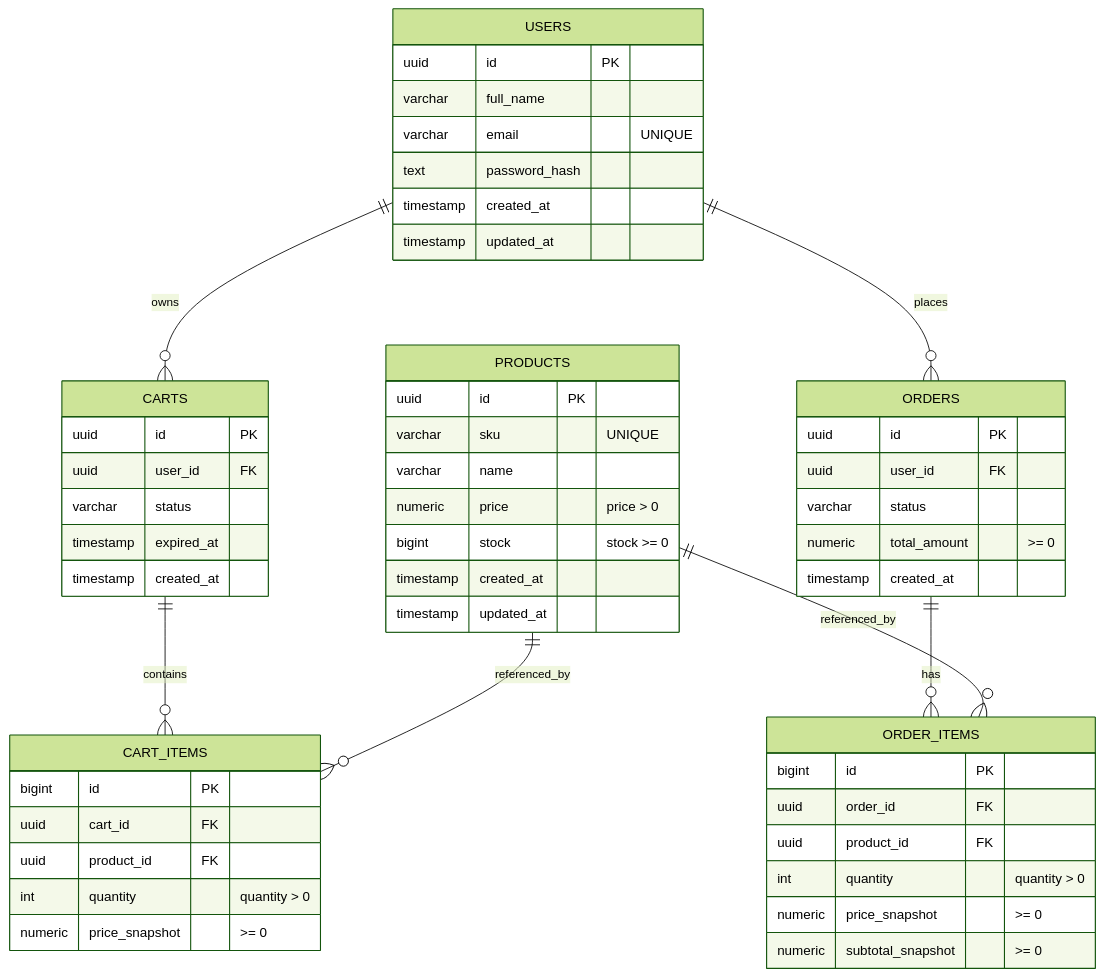
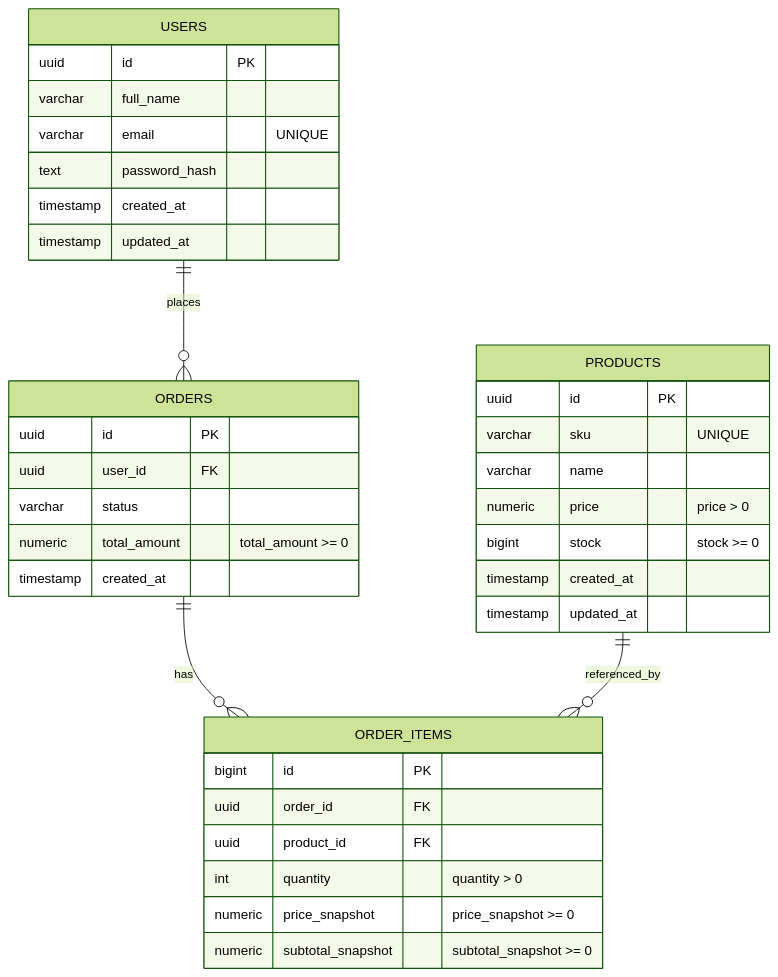
Before and after one commit to ItsnaMaulanaHasan/system-design-carts-system: the second of 8 diagrams in README.md, drawn with Mermaid (forest theme). The commit also changed other lines of this file, not shown here.

Commit message:
feat: create requence diagram, achitecture diagram , and adjust flowchart

````diff
--- a/README.md
+++ b/README.md
@@ -5,62 +74,42 @@
 ```mermaid
 erDiagram
     USERS {
         uuid id PK
         varchar full_name
         varchar email "UNIQUE"
         text password_hash
         timestamp created_at
         timestamp updated_at
     }
 
     PRODUCTS {
         uuid id PK
         varchar sku "UNIQUE"
         varchar name
         numeric price "price > 0"
         bigint stock "stock >= 0"
         timestamp created_at
         timestamp updated_at
     }
 
-    CARTS {
-        uuid id PK
-        uuid user_id FK
-        varchar status
-        timestamp expired_at
-        timestamp created_at
-    }
-
-    CART_ITEMS {
-        bigint id PK
-        uuid cart_id FK
-        uuid product_id FK
-        int quantity "quantity > 0"
-        numeric price_snapshot ">= 0"
-    }
-
     ORDERS {
         uuid id PK
         uuid user_id FK
         varchar status
-        numeric total_amount ">= 0"
+        numeric total_amount "total_amount >= 0"
         timestamp created_at
     }
 
     ORDER_ITEMS {
         bigint id PK
         uuid order_id FK
         uuid product_id FK
         int quantity "quantity > 0"
-        numeric price_snapshot ">= 0"
-        numeric subtotal_snapshot ">= 0"
+        numeric price_snapshot " price_snapshot >= 0"
+        numeric subtotal_snapshot "subtotal_snapshot >= 0"
     }
-
-    USERS ||--o{ CARTS : owns
-    CARTS ||--o{ CART_ITEMS : contains
-    PRODUCTS ||--o{ CART_ITEMS : referenced_by
 
     USERS ||--o{ ORDERS : places
     ORDERS ||--o{ ORDER_ITEMS : has
     PRODUCTS ||--o{ ORDER_ITEMS : referenced_by
 ```
````
